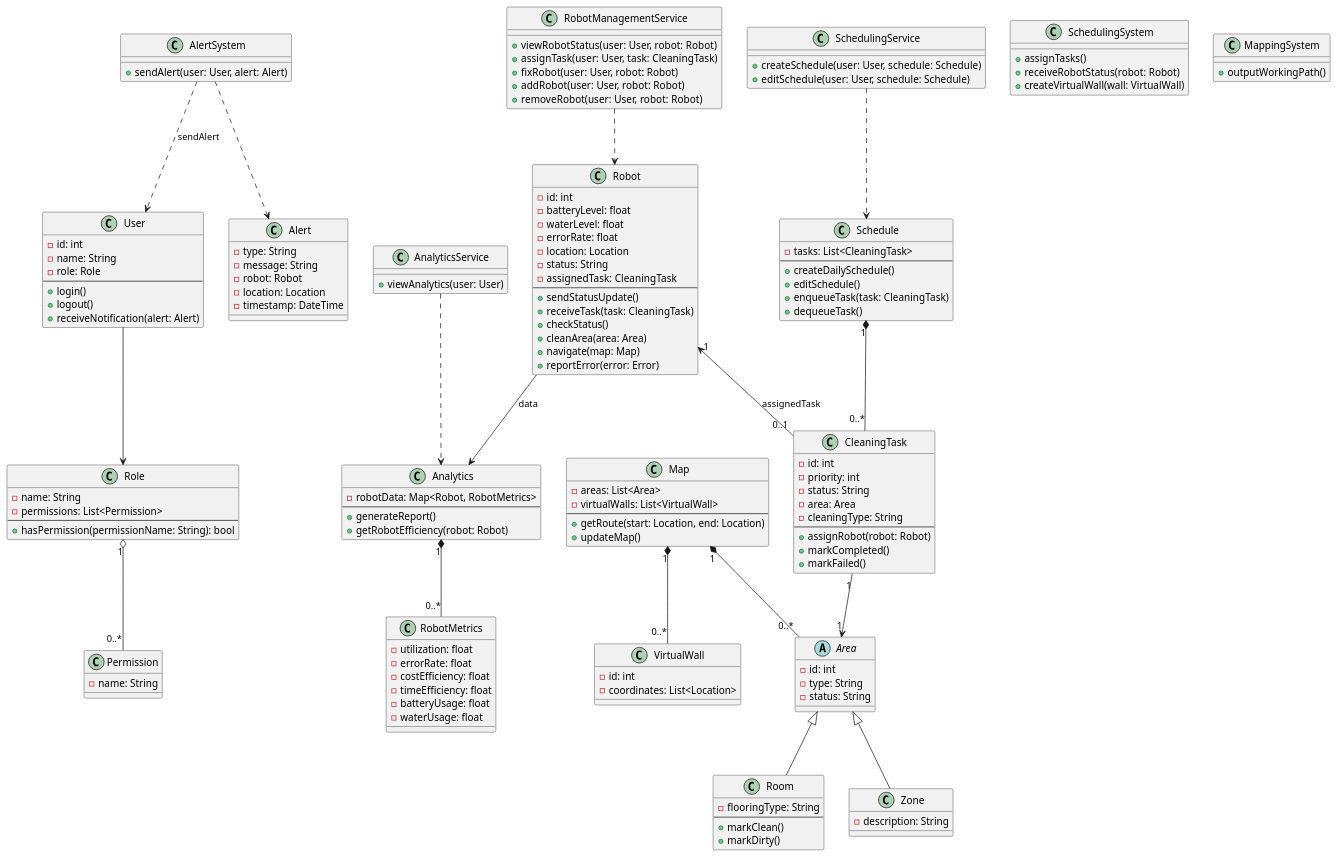
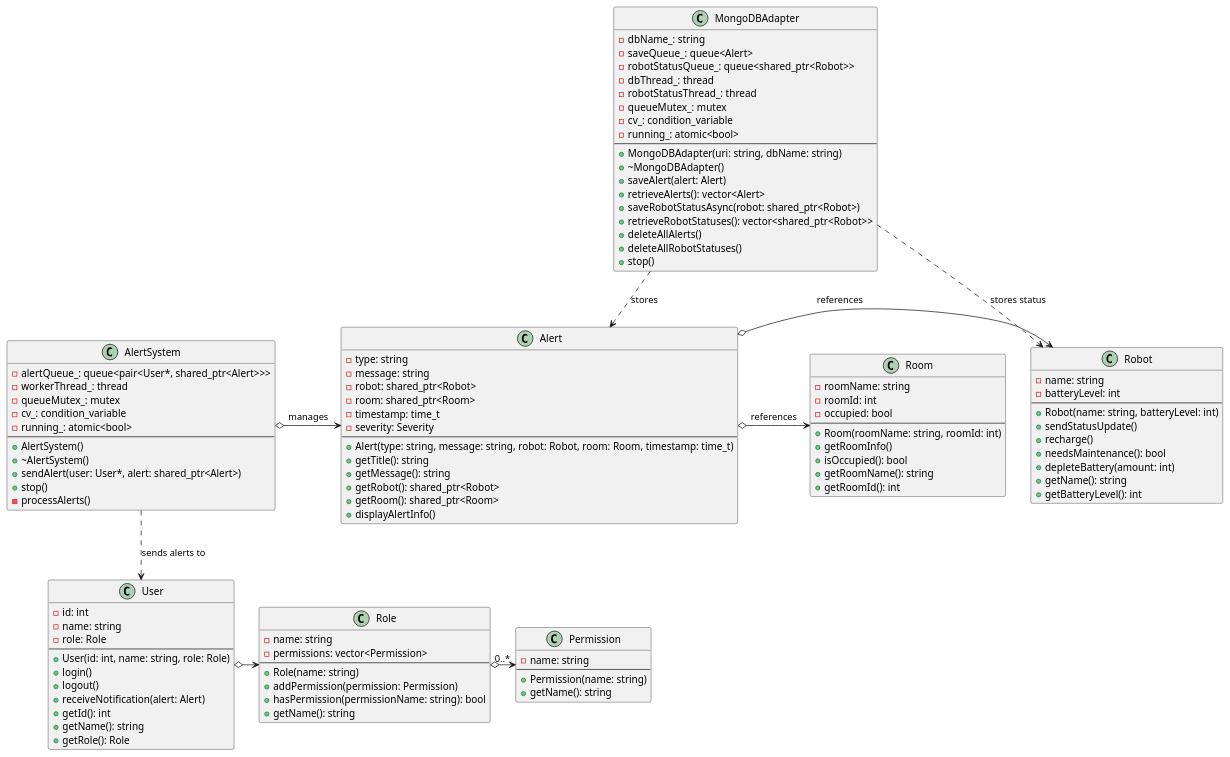
The diagram in docs/design/ClassDiagrams/class_diagram.puml (ur-swe-fa24/main-project-winners-inc), drawn with PlantUML before and after one commit. The commit also changed 1 other file, not shown here.

Commit message:
updated class diagram

```diff
--- a/docs/design/ClassDiagrams/class_diagram.puml
+++ b/docs/design/ClassDiagrams/class_diagram.puml
@@ -1,182 +1,126 @@
 @startuml
 
-' Classes for User, Role, and Permission
+' User Management Classes
 class User {
     - id: int
-    - name: String
+    - name: string
     - role: Role
     --
+    + User(id: int, name: string, role: Role)
     + login()
     + logout()
     + receiveNotification(alert: Alert)
+    + getId(): int
+    + getName(): string
+    + getRole(): Role
 }
 
 class Role {
-    - name: String
-    - permissions: List<Permission>
+    - name: string
+    - permissions: vector<Permission>
     --
-    + hasPermission(permissionName: String): bool
+    + Role(name: string)
+    + addPermission(permission: Permission)
+    + hasPermission(permissionName: string): bool
+    + getName(): string
 }
 
 class Permission {
-    - name: String
+    - name: string
+    --
+    + Permission(name: string)
+    + getName(): string
 }
 
-User --> Role
-Role "1" o-- "0..*" Permission
-
-' Service Classes
-class AnalyticsService {
-    + viewAnalytics(user: User)
+' Alert System Classes
+class Alert {
+    - type: string
+    - message: string
+    - robot: shared_ptr<Robot>
+    - room: shared_ptr<Room>
+    - timestamp: time_t
+    - severity: Severity
+    --
+    + Alert(type: string, message: string, robot: Robot, room: Room, timestamp: time_t)
+    + getTitle(): string
+    + getMessage(): string
+    + getRobot(): shared_ptr<Robot>
+    + getRoom(): shared_ptr<Room>
+    + displayAlertInfo()
 }
 
-class SchedulingService {
-    + createSchedule(user: User, schedule: Schedule)
-    + editSchedule(user: User, schedule: Schedule)
+class AlertSystem {
+    - alertQueue_: queue<pair<User*, shared_ptr<Alert>>>
+    - workerThread_: thread
+    - queueMutex_: mutex
+    - cv_: condition_variable
+    - running_: atomic<bool>
+    --
+    + AlertSystem()
+    + ~AlertSystem()
+    + sendAlert(user: User*, alert: shared_ptr<Alert>)
+    + stop()
+    - processAlerts()
 }
 
-class RobotManagementService {
-    + viewRobotStatus(user: User, robot: Robot)
-    + assignTask(user: User, task: CleaningTask)
-    + fixRobot(user: User, robot: Robot)
-    + addRobot(user: User, robot: Robot)
-    + removeRobot(user: User, robot: Robot)
-}
-
-' Robot and CleaningTask
+' Robot and Room Classes
 class Robot {
-    - id: int
-    - batteryLevel: float
-    - waterLevel: float
-    - errorRate: float
-    - location: Location
-    - status: String
-    - assignedTask: CleaningTask
+    - name: string
+    - batteryLevel: int
     --
+    + Robot(name: string, batteryLevel: int)
     + sendStatusUpdate()
-    + receiveTask(task: CleaningTask)
-    + checkStatus()
-    + cleanArea(area: Area)
-    + navigate(map: Map)
-    + reportError(error: Error)
-}
-
-class CleaningTask {
-    - id: int
-    - priority: int
-    - status: String
-    - area: Area
-    - cleaningType: String
-    --
-    + assignRobot(robot: Robot)
-    + markCompleted()
-    + markFailed()
-}
-
-Robot "1" <-- "0..1" CleaningTask : assignedTask
-CleaningTask "1" --> "1" Area
-
-' Schedule and Map
-class Schedule {
-    - tasks: List<CleaningTask>
-    --
-    + createDailySchedule()
-    + editSchedule()
-    + enqueueTask(task: CleaningTask)
-    + dequeueTask()
-}
-
-Schedule "1" *-- "0..*" CleaningTask
-
-class Map {
-    - areas: List<Area>
-    - virtualWalls: List<VirtualWall>
-    --
-    + getRoute(start: Location, end: Location)
-    + updateMap()
-}
-
-Map "1" *-- "0..*" Area
-Map "1" *-- "0..*" VirtualWall
-
-' Area, Room, Zone
-abstract class Area {
-    - id: int
-    - type: String
-    - status: String
+    + recharge()
+    + needsMaintenance(): bool
+    + depleteBattery(amount: int)
+    + getName(): string
+    + getBatteryLevel(): int
 }
 
 class Room {
-    - flooringType: String
+    - roomName: string
+    - roomId: int
+    - occupied: bool
     --
-    + markClean()
-    + markDirty()
+    + Room(roomName: string, roomId: int)
+    + getRoomInfo()
+    + isOccupied(): bool
+    + getRoomName(): string
+    + getRoomId(): int
 }
 
-class Zone {
-    - description: String
+' Database Adapter
+class MongoDBAdapter {
+    - dbName_: string
+    - saveQueue_: queue<Alert>
+    - robotStatusQueue_: queue<shared_ptr<Robot>>
+    - dbThread_: thread
+    - robotStatusThread_: thread
+    - queueMutex_: mutex
+    - cv_: condition_variable
+    - running_: atomic<bool>
+    --
+    + MongoDBAdapter(uri: string, dbName: string)
+    + ~MongoDBAdapter()
+    + saveAlert(alert: Alert)
+    + retrieveAlerts(): vector<Alert>
+    + saveRobotStatusAsync(robot: shared_ptr<Robot>)
+    + retrieveRobotStatuses(): vector<shared_ptr<Robot>>
+    + deleteAllAlerts()
+    + deleteAllRobotStatuses()
+    + stop()
 }
 
-Area <|-- Room
-Area <|-- Zone
+' Relationships
+User o-> Role
+Role o-> "0..*" Permission
 
-' VirtualWall
-class VirtualWall {
-    - id: int
-    - coordinates: List<Location>
-}
+AlertSystem ..> User : sends alerts to
+AlertSystem o-> Alert : manages
+Alert o-> Robot : references
+Alert o-> Room : references
 
-' AlertSystem and Alert
-class AlertSystem {
-    + sendAlert(user: User, alert: Alert)
-}
-
-class Alert {
-    - type: String
-    - message: String
-    - robot: Robot
-    - location: Location
-    - timestamp: DateTime
-}
-
-AlertSystem ..> Alert
-AlertSystem ..> User : sendAlert
-
-' Analytics and RobotMetrics
-class Analytics {
-    - robotData: Map<Robot, RobotMetrics>
-    --
-    + generateReport()
-    + getRobotEfficiency(robot: Robot)
-}
-
-class RobotMetrics {
-    - utilization: float
-    - errorRate: float
-    - costEfficiency: float
-    - timeEfficiency: float
-    - batteryUsage: float
-    - waterUsage: float
-}
-
-Analytics "1" *-- "0..*" RobotMetrics
-
-Robot --> Analytics : data
-
-' Systems
-class SchedulingSystem {
-    + assignTasks()
-    + receiveRobotStatus(robot: Robot)
-    + createVirtualWall(wall: VirtualWall)
-}
-
-class MappingSystem {
-    + outputWorkingPath()
-}
-
-' Additional relationships
-RobotManagementService ..> Robot
-SchedulingService ..> Schedule
-AnalyticsService ..> Analytics
+MongoDBAdapter ..> Alert : stores
+MongoDBAdapter ..> Robot : stores status
 
 @enduml
```
